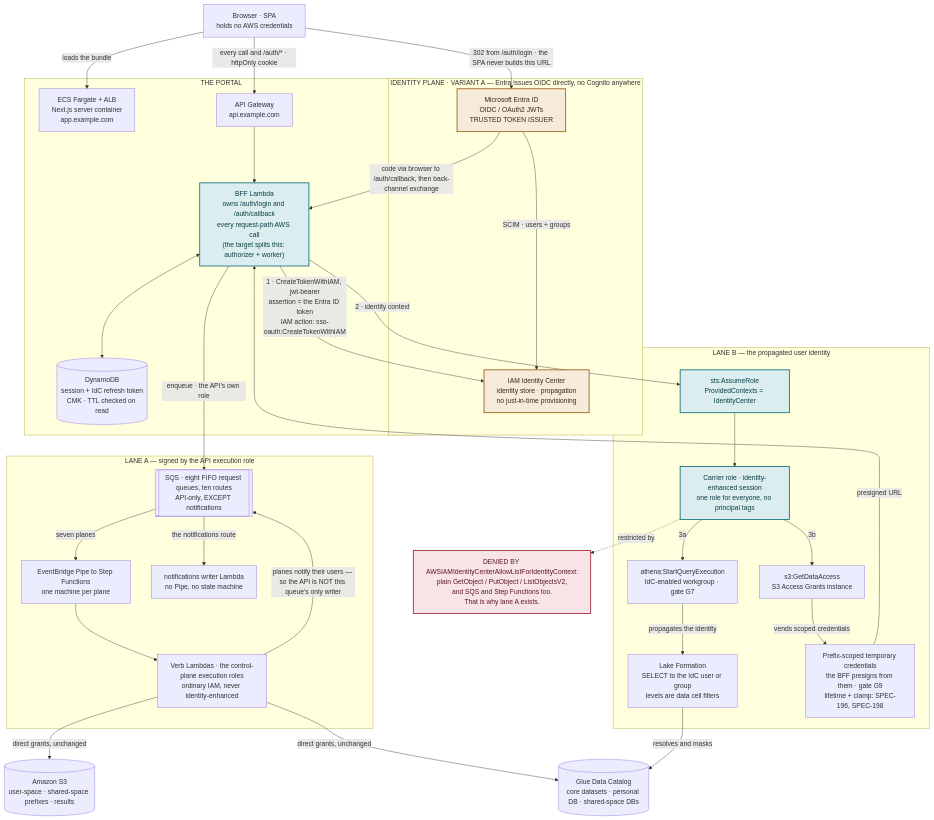
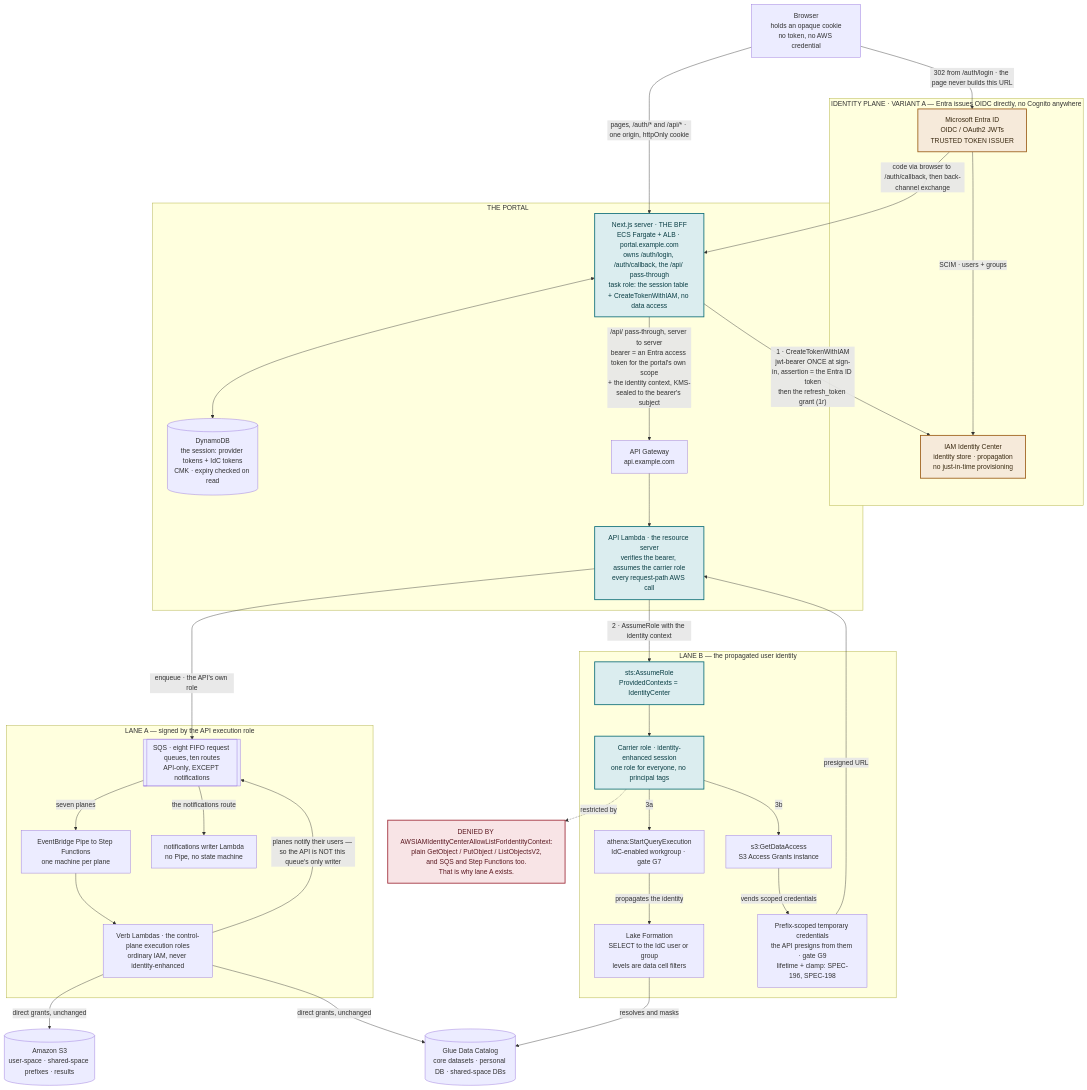
One commit to agriffi10/data-analysis-prototype changed the first of 3 diagrams in docs/target-architecture-variants.md. Above: the diagram before and after it, drawn with Mermaid. The commit also changed other lines of this file and 1 other file, not shown here.

Commit message:
The transition plan settles the end state around the Next.js server, with no BFF Lambda (#1001)

````diff
--- a/docs/target-architecture-variants.md
+++ b/docs/target-architecture-variants.md
@@ -87,65 +88,65 @@
 ```mermaid
 flowchart TB
-  BR["Browser · SPA<br/>holds no AWS credentials"]
+  BR["Browser<br/>holds an opaque cookie<br/>no token, no AWS credential"]
 
   subgraph IDPLANE["IDENTITY PLANE · VARIANT A — Entra issues OIDC directly, no Cognito anywhere"]
     ENTRA["Microsoft Entra ID<br/>OIDC / OAuth2 JWTs<br/>TRUSTED TOKEN ISSUER"]
     IDC["IAM Identity Center<br/>identity store · propagation<br/>no just-in-time provisioning"]
     ENTRA -->|"SCIM · users + groups"| IDC
   end
 
   subgraph PORTAL["THE PORTAL"]
-    SPA["ECS Fargate + ALB<br/>Next.js server container<br/>app.example.com"]
+    WEB["Next.js server · THE BFF<br/>ECS Fargate + ALB · portal.example.com<br/>owns /auth/login, /auth/callback, the /api/ pass-through<br/>task role: the session table + CreateTokenWithIAM, no data access"]
+    DDB[("DynamoDB<br/>the session: provider tokens + IdC tokens<br/>CMK · expiry checked on read")]
     APIGW["API Gateway<br/>api.example.com"]
-    BFF["BFF Lambda<br/>owns /auth/login and /auth/callback<br/>every request-path AWS call<br/>(the target splits this: authorizer + worker)"]
-    DDB[("DynamoDB<br/>session + IdC refresh token<br/>CMK · TTL checked on read")]
+    API["API Lambda · the resource server<br/>verifies the bearer, assumes the carrier role<br/>every request-path AWS call"]
   end
 
   subgraph LANEA["LANE A — signed by the API execution role"]
     SQS[["SQS · eight FIFO request queues, ten routes<br/>API-only, EXCEPT notifications"]]
     PIPE["EventBridge Pipe to Step Functions<br/>one machine per plane"]
     VERBS["Verb Lambdas · the control-plane execution roles<br/>ordinary IAM, never identity-enhanced"]
     NOTIFW["notifications writer Lambda<br/>no Pipe, no state machine"]
   end
 
   subgraph LANEB["LANE B — the propagated user identity"]
     STS["sts:AssumeRole<br/>ProvidedContexts = IdentityCenter"]
     CARRIER["Carrier role · identity-enhanced session<br/>one role for everyone, no principal tags"]
     ATHENA["athena:StartQueryExecution<br/>IdC-enabled workgroup · gate G7"]
     LF["Lake Formation<br/>SELECT to the IdC user or group<br/>levels are data cell filters"]
     AG["s3:GetDataAccess<br/>S3 Access Grants instance"]
-    CREDS["Prefix-scoped temporary credentials<br/>the BFF presigns from them · gate G9<br/>lifetime + clamp: SPEC-196, SPEC-198"]
+    CREDS["Prefix-scoped temporary credentials<br/>the API presigns from them · gate G9<br/>lifetime + clamp: SPEC-196, SPEC-198"]
   end
 
   DENY["DENIED BY AWSIAMIdentityCenterAllowListForIdentityContext:<br/>plain GetObject / PutObject / ListObjectsV2,<br/>and SQS and Step Functions too.<br/>That is why lane A exists."]
 
   GLUE[("Glue Data Catalog<br/>core datasets · personal DB · shared-space DBs")]
   S3[("Amazon S3<br/>user-space · shared-space prefixes · results")]
 
-  BR -->|"302 from /auth/login · the SPA never builds this URL"| ENTRA
-  ENTRA -->|"code via browser to /auth/callback, then back-channel exchange"| BFF
-  BR -->|"loads the bundle"| SPA
-  BR -->|"every call and /auth/* · httpOnly cookie"| APIGW
-  APIGW --> BFF
-  BFF <--> DDB
-  BFF -->|"1 · CreateTokenWithIAM, jwt-bearer<br/>assertion = the Entra ID token<br/>IAM action: sso-oauth:CreateTokenWithIAM"| IDC
+  BR -->|"302 from /auth/login · the page never builds this URL"| ENTRA
+  ENTRA -->|"code via browser to /auth/callback, then back-channel exchange"| WEB
+  BR -->|"pages, /auth/* and /api/* · one origin, httpOnly cookie"| WEB
+  WEB <--> DDB
+  WEB -->|"1 · CreateTokenWithIAM<br/>jwt-bearer ONCE at sign-in, assertion = the Entra ID token<br/>then the refresh_token grant (1r)"| IDC
+  WEB -->|"/api/ pass-through, server to server<br/>bearer = an Entra access token for the portal's own scope<br/>+ the identity context, KMS-sealed to the bearer's subject"| APIGW
+  APIGW --> API
 
-  BFF -->|"enqueue · the API's own role"| SQS
+  API -->|"enqueue · the API's own role"| SQS
   SQS -->|"seven planes"| PIPE --> VERBS
   SQS -->|"the notifications route"| NOTIFW
   VERBS -->|"direct grants, unchanged"| S3
   VERBS -->|"direct grants, unchanged"| GLUE
   VERBS -->|"planes notify their users — so the API is NOT this queue's only writer"| SQS
 
-  BFF -->|"2 · identity context"| STS --> CARRIER
+  API -->|"2 · AssumeRole with the identity context"| STS --> CARRIER
   CARRIER -.->|"restricted by"| DENY
   CARRIER -->|"3a"| ATHENA -->|"propagates the identity"| LF -->|"resolves and masks"| GLUE
-  CARRIER -->|"3b"| AG -->|"vends scoped credentials"| CREDS -->|"presigned URL"| BFF
+  CARRIER -->|"3b"| AG -->|"vends scoped credentials"| CREDS -->|"presigned URL"| API
 
   classDef variant fill:#F6EADA,stroke:#9B5D18,stroke-width:2px,color:#3A2A12
   classDef session fill:#DBEDEF,stroke:#0E6E78,stroke-width:2px,color:#0B3F45
   classDef deny fill:#F8E4E6,stroke:#9E2937,stroke-width:2px,color:#5C1A22
   class ENTRA,IDC variant
-  class BFF,STS,CARRIER session
+  class WEB,API,STS,CARRIER session
   class DENY deny
 ```
````
